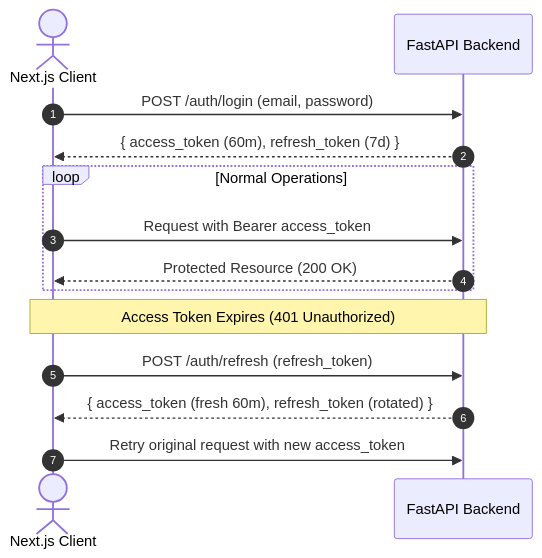
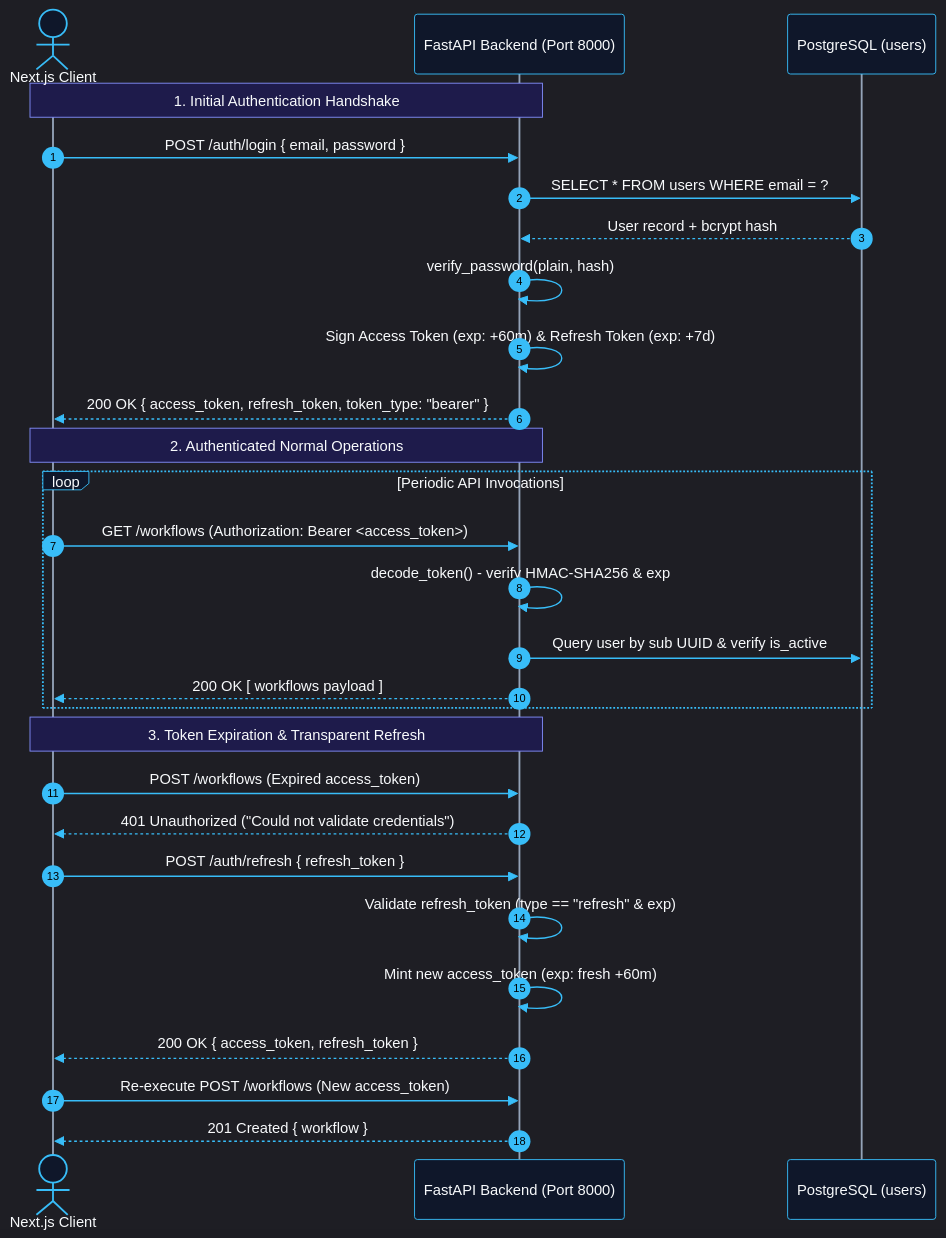
One commit to chandadiya2004/FlowForge changed the first of 3 diagrams in docs/05-explanation/auth-and-rbac.md. Above: the diagram before and after it, drawn with Mermaid. The commit also changed other lines of this file and 4 other files, not shown here.

Commit message:
docs: add comprehensive architectural documentation covering authentication, design trade-offs, job orchestration, and queue strategies

````diff
--- a/docs/05-explanation/auth-and-rbac.md
+++ b/docs/05-explanation/auth-and-rbac.md
@@ -26,19 +14,59 @@
 ```mermaid
+%%{init: {
+  'theme': 'dark',
+  'themeVariables': {
+    'darkMode': true,
+    'background': '#0b0f19',
+    'primaryColor': '#1e293b',
+    'primaryTextColor': '#f8fafc',
+    'primaryBorderColor': '#38bdf8',
+    'lineColor': '#94a3b8',
+    'secondaryColor': '#0f172a',
+    'tertiaryColor': '#1e293b',
+    'actorBkg': '#0f172a',
+    'actorBorder': '#38bdf8',
+    'actorTextColor': '#f8fafc',
+    'actorLineColor': '#94a3b8',
+    'signalColor': '#38bdf8',
+    'signalTextColor': '#f8fafc',
+    'labelBoxBkgColor': '#0f172a',
+    'labelBoxBorderColor': '#38bdf8',
+    'labelTextColor': '#f8fafc',
+    'loopTextColor': '#f8fafc',
+    'noteBorderColor': '#818cf8',
+    'noteBkgColor': '#1e1b4b',
+    'noteTextColor': '#f8fafc'
+  }
+}}%%
 sequenceDiagram
     autonumber
     actor Client as Next.js Client
-    participant API as FastAPI Backend
+    participant API as FastAPI Backend (Port 8000)
+    participant DB as PostgreSQL (users)
 
-    Client->>API: POST /auth/login (email, password)
-    API-->>Client: { access_token (60m), refresh_token (7d) }
-    
-    loop Normal Operations
-        Client->>API: Request with Bearer access_token
-        API-->>Client: Protected Resource (200 OK)
+    Note over Client,API: 1. Initial Authentication Handshake
+    Client->>API: POST /auth/login { email, password }
+    API->>DB: SELECT * FROM users WHERE email = ?
+    DB-->>API: User record + bcrypt hash
+    API->>API: verify_password(plain, hash)
+    API->>API: Sign Access Token (exp: +60m) & Refresh Token (exp: +7d)
+    API-->>Client: 200 OK { access_token, refresh_token, token_type: "bearer" }
+
+    Note over Client,API: 2. Authenticated Normal Operations
+    loop Periodic API Invocations
+        Client->>API: GET /workflows (Authorization: Bearer <access_token>)
+        API->>API: decode_token() - verify HMAC-SHA256 & exp
+        API->>DB: Query user by sub UUID & verify is_active
+        API-->>Client: 200 OK [ workflows payload ]
     end
 
-    Note over Client,API: Access Token Expires (401 Unauthorized)
-    Client->>API: POST /auth/refresh (refresh_token)
-    API-->>Client: { access_token (fresh 60m), refresh_token (rotated) }
-    Client->>API: Retry original request with new access_token
+    Note over Client,API: 3. Token Expiration & Transparent Refresh
+    Client->>API: POST /workflows (Expired access_token)
+    API-->>Client: 401 Unauthorized ("Could not validate credentials")
+    Client->>API: POST /auth/refresh { refresh_token }
+    API->>API: Validate refresh_token (type == "refresh" & exp)
+    API->>API: Mint new access_token (exp: fresh +60m)
+    API-->>Client: 200 OK { access_token, refresh_token }
+    Client->>API: Re-execute POST /workflows (New access_token)
+    API-->>Client: 201 Created { workflow }
 ```
````
